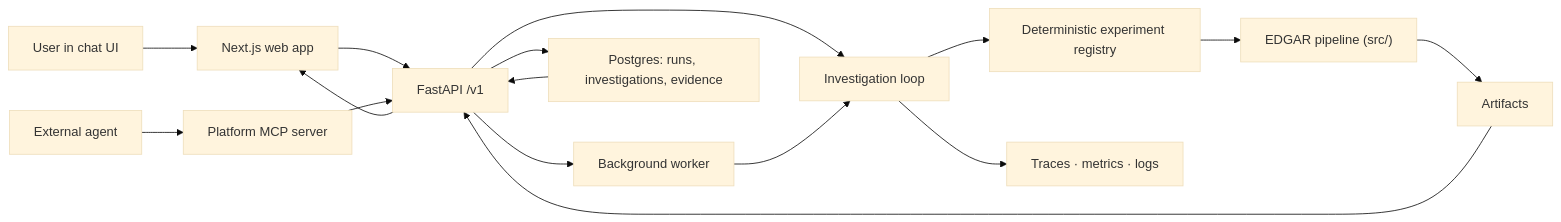
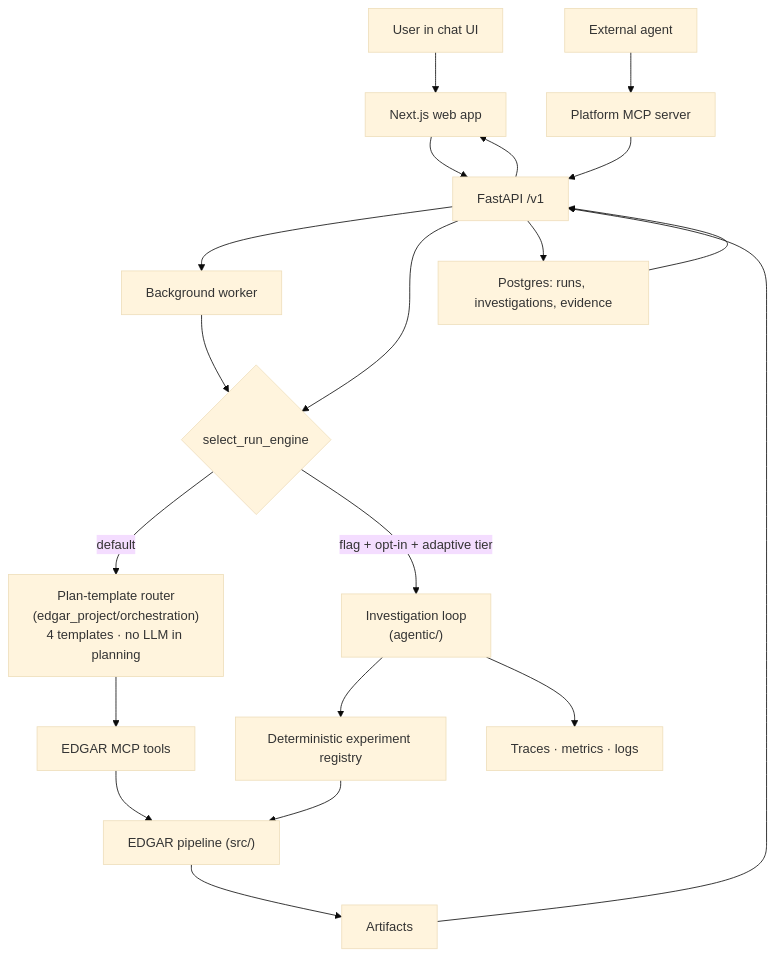
Before and after one commit to Padraigobrien08/agentic-data-science-system: the diagram in README.md, drawn with Mermaid (base theme). The commit also changed other lines of this file and 7 other files, not shown here.

````diff
--- a/README.md
+++ b/README.md
@@ -168,18 +223,24 @@
 ```mermaid
-flowchart LR
+flowchart TB
     U["User in chat UI"] --> W["Next.js web app"]
     AG["External agent"] --> PMCP["Platform MCP server"]
     W --> API["FastAPI /v1"]
     PMCP --> API
     API --> WORK["Background worker"]
-    API --> LOOP["Investigation loop"]
-    WORK --> LOOP
+    WORK --> ROUTE
+    API --> ROUTE{"select_run_engine"}
+
+    ROUTE -->|"default"| TPL["Plan-template router<br/>(edgar_project/orchestration)<br/>4 templates · no LLM in planning"]
+    ROUTE -->|"flag + opt-in + adaptive tier"| LOOP["Investigation loop<br/>(agentic/)"]
+
     LOOP --> REG["Deterministic experiment registry"]
+    TPL --> EMCP["EDGAR MCP tools"]
     REG --> PIPE["EDGAR pipeline (src/)"]
+    EMCP --> PIPE
     LOOP --> OBS["Traces · metrics · logs"]
     PIPE --> ART["Artifacts"]
     ART --> API
     API --> DB["Postgres: runs, investigations, evidence"]
     DB --> API
     API --> W
 ```
````
